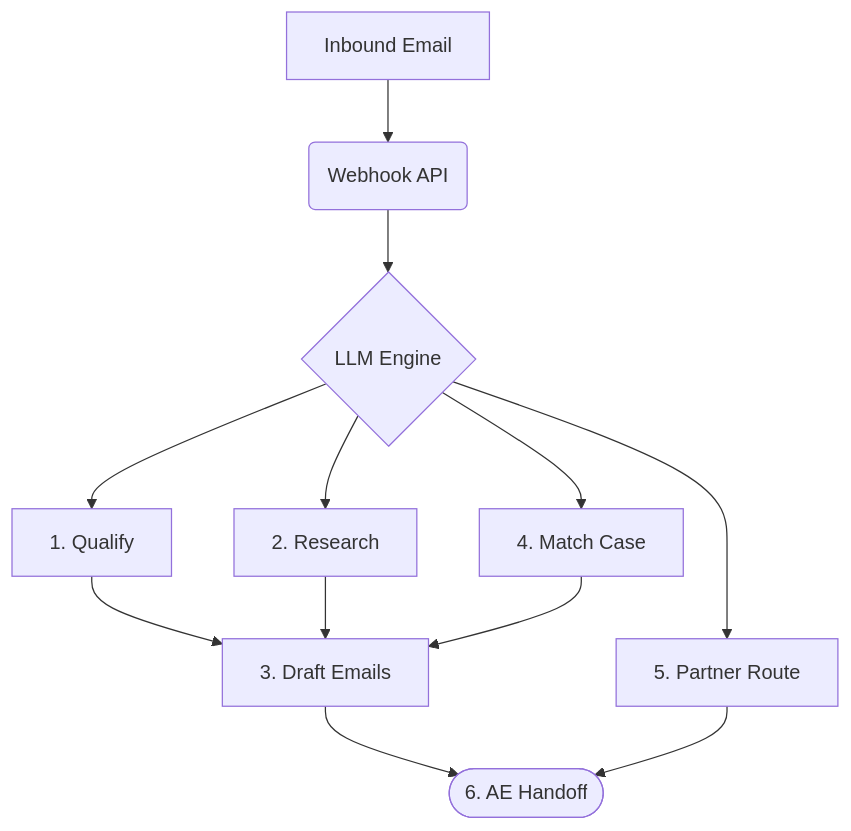
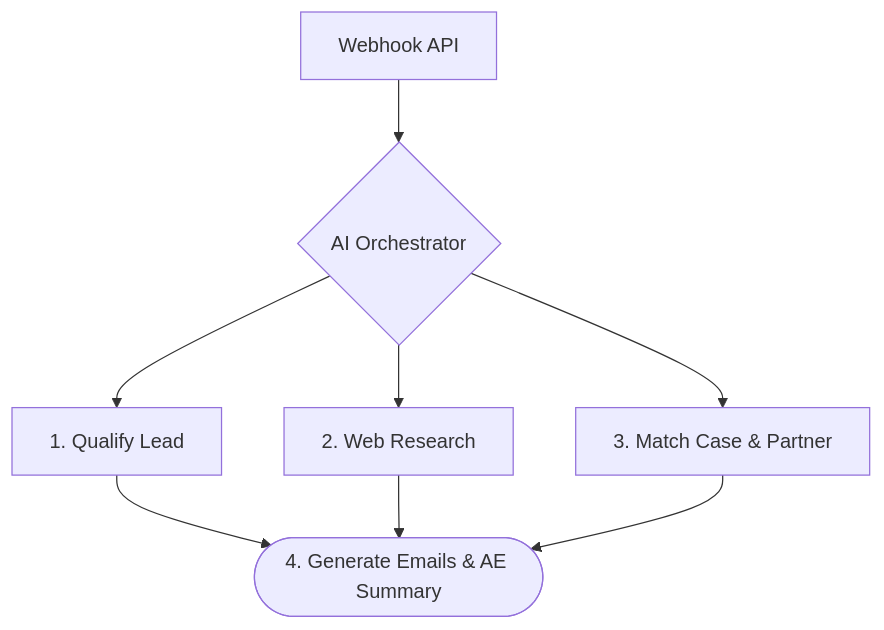
The diagram in submission.md (kanav232/FlytBase-Autopilot-BDR), drawn with Mermaid before and after one commit. The commit also changed other lines of this file, not shown here.

Commit message:
Update Mermaid diagram to 4-level compressed layout

````diff
--- a/submission.md
+++ b/submission.md
@@ -11,11 +11,8 @@
 ```mermaid
 flowchart TD
-  A[Inbound Email] --> B(Webhook API)
-  B --> C{LLM Engine}
-  C --> D[1. Qualify]
-  C --> E[2. Research]
-  C --> F[4. Match Case]
-  D & E & F --> G[3. Draft Emails]
-  C --> H[5. Partner Route]
-  G & H --> I([6. AE Handoff])
+  A[Webhook API] --> B{AI Orchestrator}
+  B --> C[1. Qualify Lead]
+  B --> D[2. Web Research]
+  B --> E[3. Match Case & Partner]
+  C & D & E --> F([4. Generate Emails & AE Summary])
 ```
````
